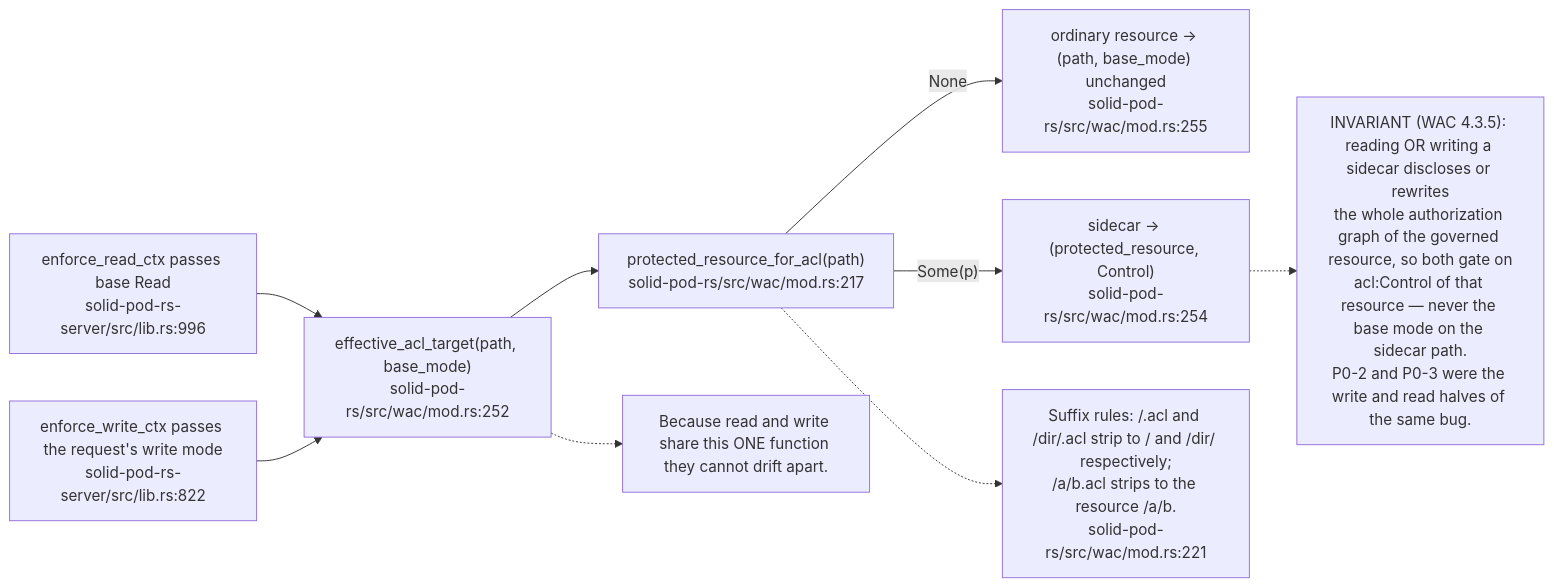
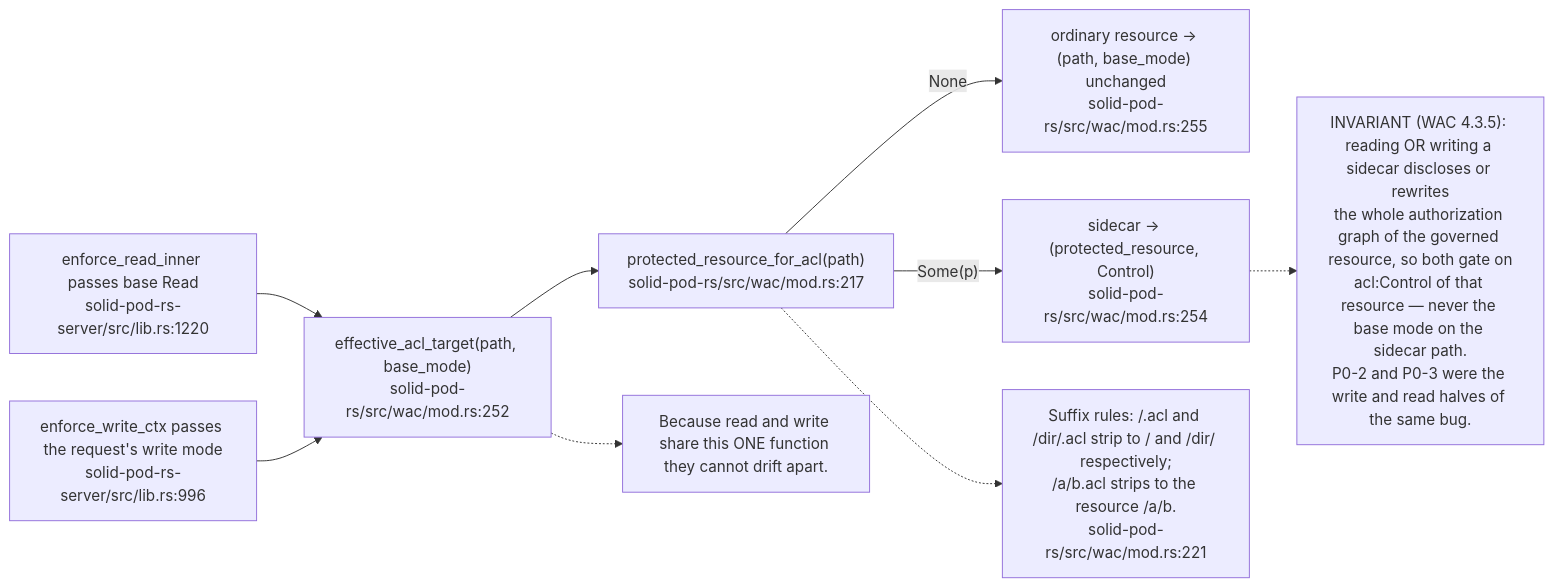
The fifth of 13 diagrams in docs/diagrams/solid-pod-rs/04-wac-authorisation.md (DreamLab-AI/VisionFlow), drawn with Mermaid before and after one commit. The commit also changed other lines of this file and 160 other files, not shown here.

````diff
--- a/docs/diagrams/solid-pod-rs/04-wac-authorisation.md
+++ b/docs/diagrams/solid-pod-rs/04-wac-authorisation.md
@@ -153,22 +161,22 @@
 ```mermaid
 flowchart LR
     IN["effective_acl_target(path, base_mode)<br/>solid-pod-rs/src/wac/mod.rs:252"]
     PR["protected_resource_for_acl(path)<br/>solid-pod-rs/src/wac/mod.rs:217"]
     ORD["ordinary resource -> (path, base_mode) unchanged<br/>solid-pod-rs/src/wac/mod.rs:255"]
     ELV["sidecar -> (protected_resource, Control)<br/>solid-pod-rs/src/wac/mod.rs:254"]
-    RD["enforce_read_ctx passes base Read<br/>solid-pod-rs-server/src/lib.rs:996"]
-    WR["enforce_write_ctx passes the request's write mode<br/>solid-pod-rs-server/src/lib.rs:822"]
+    RD["enforce_read_inner passes base Read<br/>solid-pod-rs-server/src/lib.rs:1220"]
+    WR["enforce_write_ctx passes the request's write mode<br/>solid-pod-rs-server/src/lib.rs:996"]
 
     IN --> PR
     PR -- None --> ORD
     PR -- "Some(p)" --> ELV
     RD --> IN
     WR --> IN
 
     N1["Suffix rules: /.acl and /dir/.acl strip to / and /dir/ respectively;<br/>/a/b.acl strips to the resource /a/b.<br/>solid-pod-rs/src/wac/mod.rs:221"]
     PR -.-> N1
     N2["INVARIANT (WAC 4.3.5): reading OR writing a sidecar discloses or rewrites<br/>the whole authorization graph of the governed resource, so both gate on<br/>acl:Control of that resource — never the base mode on the sidecar path.<br/>P0-2 and P0-3 were the write and read halves of the same bug."]
     ELV -.-> N2
     N3["Because read and write share this ONE function they cannot drift apart."]
     IN -.-> N3
 ```
````
